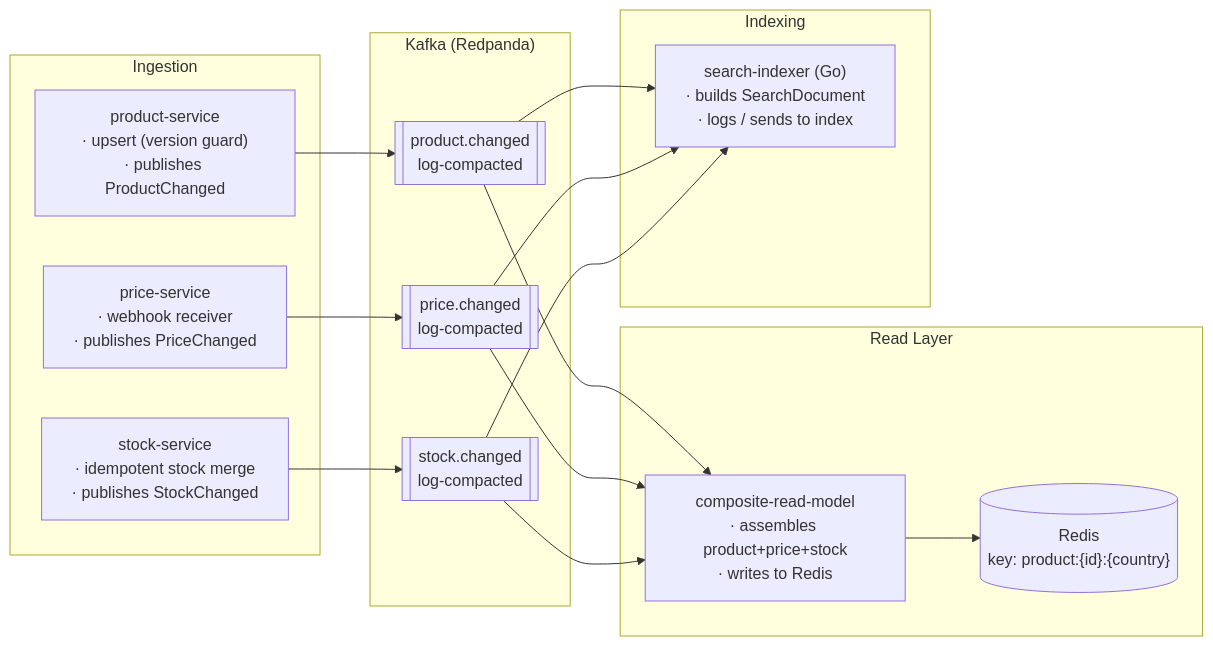
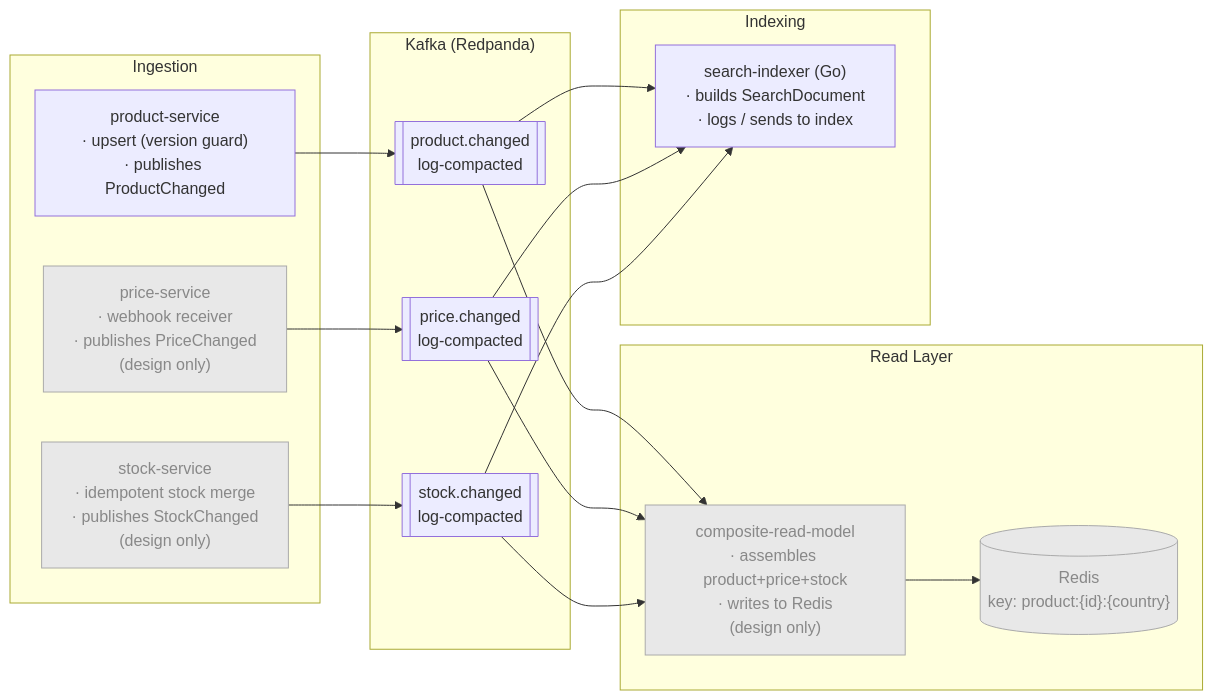
Before and after one commit to pratik-marfatia/Product-Catalog-Case: the second of 6 diagrams in docs/architecture.md, drawn with Mermaid. The commit also changed other lines of this file and 24 other files, not shown here.

Commit message:
Added co-pilot instructions. Updated Readme and architecture.md file

````diff
--- a/docs/architecture.md
+++ b/docs/architecture.md
@@ -60,36 +86,41 @@
 ```mermaid
 flowchart LR
     subgraph ingestion["Ingestion"]
         PS["product-service\n· upsert (version guard)\n· publishes ProductChanged"]
-        PRS["price-service\n· webhook receiver\n· publishes PriceChanged"]
-        SS["stock-service\n· idempotent stock merge\n· publishes StockChanged"]
+        PRS["price-service\n· webhook receiver\n· publishes PriceChanged\n(design only)"]
+        SS["stock-service\n· idempotent stock merge\n· publishes StockChanged\n(design only)"]
     end
 
     subgraph broker["Kafka (Redpanda)"]
         T1[["product.changed\nlog-compacted"]]
         T2[["price.changed\nlog-compacted"]]
         T3[["stock.changed\nlog-compacted"]]
     end
 
     subgraph read["Read Layer"]
-        CRM["composite-read-model\n· assembles product+price+stock\n· writes to Redis"]
+        CRM["composite-read-model\n· assembles product+price+stock\n· writes to Redis\n(design only)"]
         REDIS[("Redis\nkey: product:{id}:{country}")]
     end
 
     subgraph indexing["Indexing"]
         IDX["search-indexer (Go)\n· builds SearchDocument\n· logs / sends to index"]
     end
 
     PS --> T1
     PRS --> T2
     SS --> T3
 
     T1 --> CRM
     T2 --> CRM
     T3 --> CRM
     CRM --> REDIS
 
     T1 --> IDX
     T2 --> IDX
     T3 --> IDX
+
+    style PRS fill:#e8e8e8,stroke:#aaa,color:#888
+    style SS fill:#e8e8e8,stroke:#aaa,color:#888
+    style CRM fill:#e8e8e8,stroke:#aaa,color:#888
+    style REDIS fill:#e8e8e8,stroke:#aaa,color:#888
 ```
````
